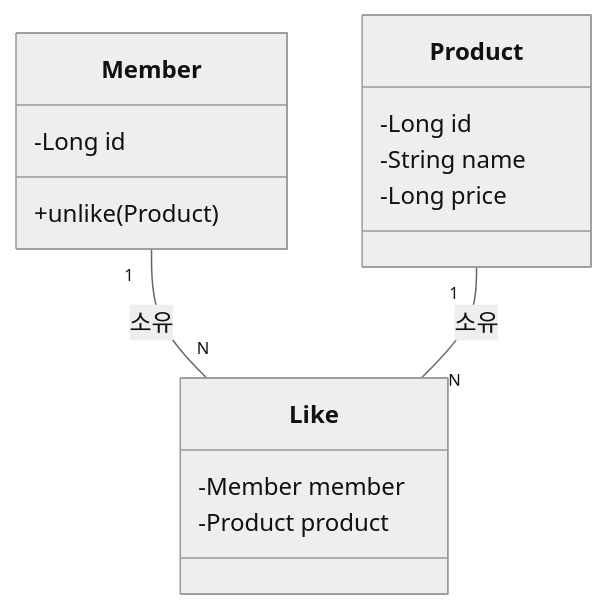
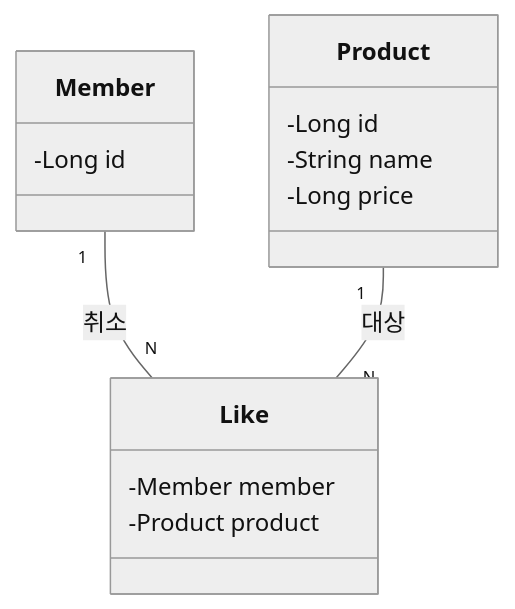
The fifth of 9 diagrams in docs/design/03-class-diagrams.md (dhgu-dev/e-commerce), drawn with Mermaid (neutral theme) before and after one commit. The commit also changed other lines of this file and 3 other files, not shown here.

First line of the commit message:
docs: 시퀀스 및 클래스 다이어그램 개선 (#11)

````diff
--- a/docs/design/03-class-diagrams.md
+++ b/docs/design/03-class-diagrams.md
@@ -89,18 +83,17 @@
 ```mermaid
 classDiagram
     class Like {
         -Member member
         -Product product
     }
     class Member {
         -Long id
-        +unlike(Product)
     }
     class Product {
         -Long id
         -String name
         -Long price
     }
-    Member "1" -- "N" Like : 소유
-    Product "1" -- "N" Like : 소유
+    Member "1" -- "N" Like : 취소
+    Product "1" -- "N" Like : 대상
 ```
````
